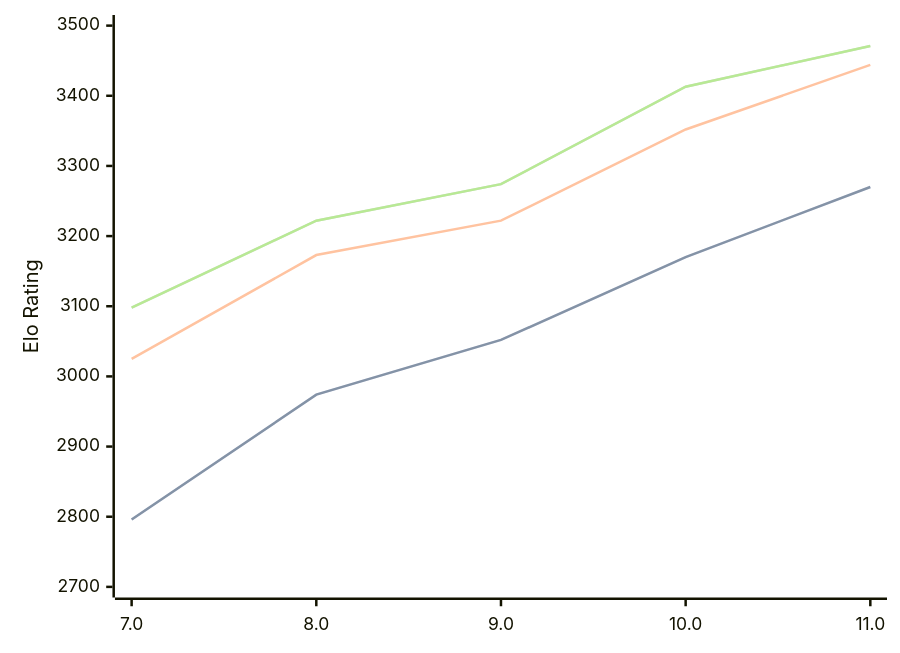
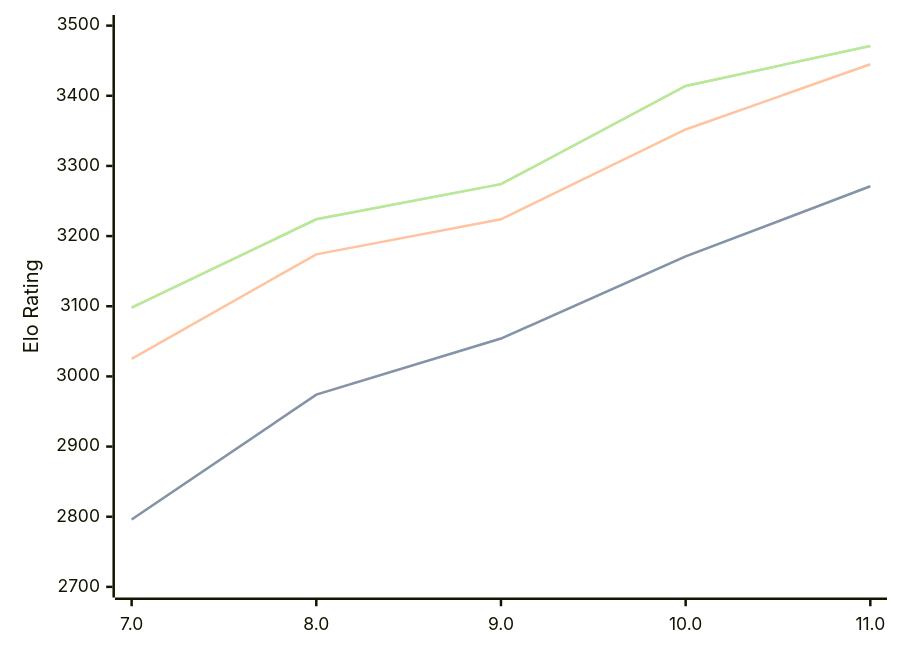
One commit to computer-chess-index/cci changed the diagram in engines/Tcheran.md. Above: the diagram before and after it, drawn with Mermaid. The commit also changed other lines of this file, not shown here.

Commit message:
Update CCI Ratings (ELO VLTC) - 2026-04-13

````diff
--- a/engines/Tcheran.md
+++ b/engines/Tcheran.md
@@ -49,11 +49,11 @@
 ```mermaid
 %%{init: {"theme":"base","themeVariables":{"seriesColors:['#a3a3a3','#222221','#faa371']}}}%%
 xychart-beta
   x-axis ["7.0", "8.0", "9.0", "10.0", "11.0"]
   y-axis "Elo Rating" 2700 --> 3500
-  line "STC (8.0+0.08s)" [2796, 2974, 3052, 3170, 3270]
-  line "STC (8.0+0.08s)" [2796, 2974, 3052, 3170, 3270]
-  line "LTC (60.0+0.60s)" [3025, 3173, 3222, 3352, 3444]
-  line "VLTC (2m24s+1.12s)" [3098, 3222, 3274, 3413, 3471]
-  line "VLTC (2m24s+1.12s)" [3098, 3222, 3274, 3413, 3471]
+  line "STC (8.0+0.08s)" [2796, 2974, 3054, 3171, 3271]
+  line "STC (8.0+0.08s)" [2796, 2974, 3054, 3171, 3271]
+  line "LTC (60.0+0.60s)" [3025, 3174, 3224, 3352, 3445]
+  line "VLTC (2m24s+1.12s)" [3098, 3224, 3274, 3414, 3471]
+  line "VLTC (2m24s+1.12s)" [3098, 3224, 3274, 3414, 3471]
 ```
````
